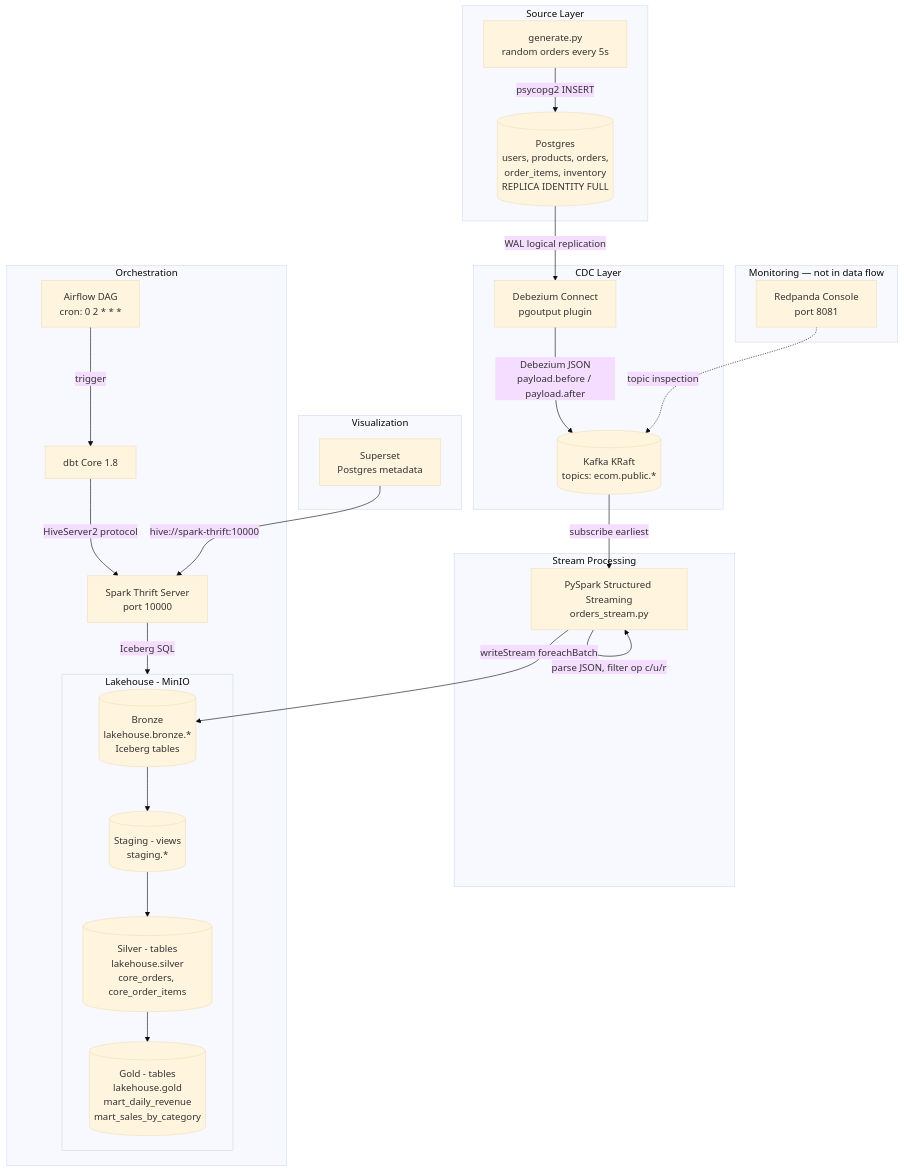
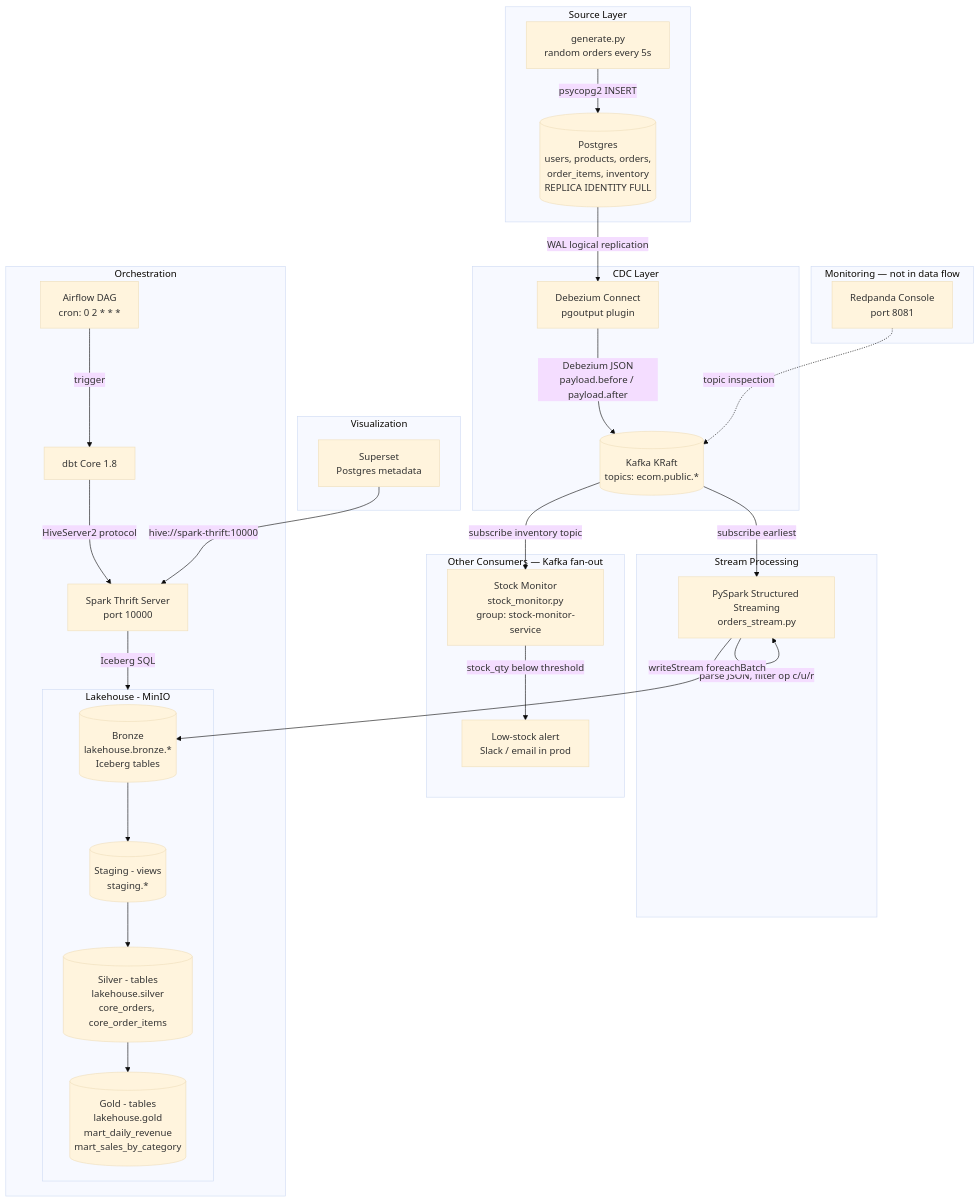
The second of 2 diagrams in README.md (airdeniz/ecommerce-realtime-pipeline), drawn with Mermaid (base theme) before and after one commit. The commit also changed other lines of this file, not shown here.

Commit message:
docs: add stock monitor to both architecture diagrams (Kafka fan-out)

````diff
--- a/README.md
+++ b/README.md
@@ -39,51 +40,57 @@
 ```mermaid
 flowchart TB
     subgraph SOURCE["Source Layer"]
         G[generate.py<br/>random orders every 5s]
         P[("Postgres<br/>users, products, orders,<br/>order_items, inventory<br/>REPLICA IDENTITY FULL")]
         G -->|psycopg2 INSERT| P
     end
 
     subgraph CDC_LAYER["CDC Layer"]
         D[Debezium Connect<br/>pgoutput plugin]
         K[("Kafka KRaft<br/>topics: ecom.public.*")]
         P -->|WAL logical replication| D
         D -->|Debezium JSON<br/>payload.before / payload.after| K
     end
 
     subgraph STREAM["Stream Processing"]
         S[PySpark Structured Streaming<br/>orders_stream.py]
         K -->|subscribe earliest| S
         S -->|parse JSON, filter op c/u/r| S
+    end
+
+    subgraph CONSUMERS["Other Consumers — Kafka fan-out"]
+        SM[Stock Monitor<br/>stock_monitor.py<br/>group: stock-monitor-service]
+        K -->|subscribe inventory topic| SM
+        SM -->|stock_qty below threshold| ALERT[Low-stock alert<br/>Slack / email in prod]
     end
 
     subgraph LAKEHOUSE["Lakehouse - MinIO"]
         B[("Bronze<br/>lakehouse.bronze.*<br/>Iceberg tables")]
         ST[("Staging - views<br/>staging.*")]
         SL[("Silver - tables<br/>lakehouse.silver<br/>core_orders, core_order_items")]
         GD[("Gold - tables<br/>lakehouse.gold<br/>mart_daily_revenue<br/>mart_sales_by_category")]
         S -->|writeStream foreachBatch| B
         B --> ST
         ST --> SL
         SL --> GD
     end
 
     subgraph ORCH["Orchestration"]
         A[Airflow DAG<br/>cron: 0 2 * * *]
         TH[Spark Thrift Server<br/>port 10000]
         DB[dbt Core 1.8]
         A -->|trigger| DB
         DB -->|HiveServer2 protocol| TH
         TH -->|Iceberg SQL| LAKEHOUSE
     end
 
     subgraph VIZ["Visualization"]
         SUP[Superset<br/>Postgres metadata]
         SUP -->|hive://spark-thrift:10000| TH
     end
 
     subgraph OPS["Monitoring — not in data flow"]
         RC[Redpanda Console<br/>port 8081]
     end
     RC -.->|topic inspection| K
 ```
````
